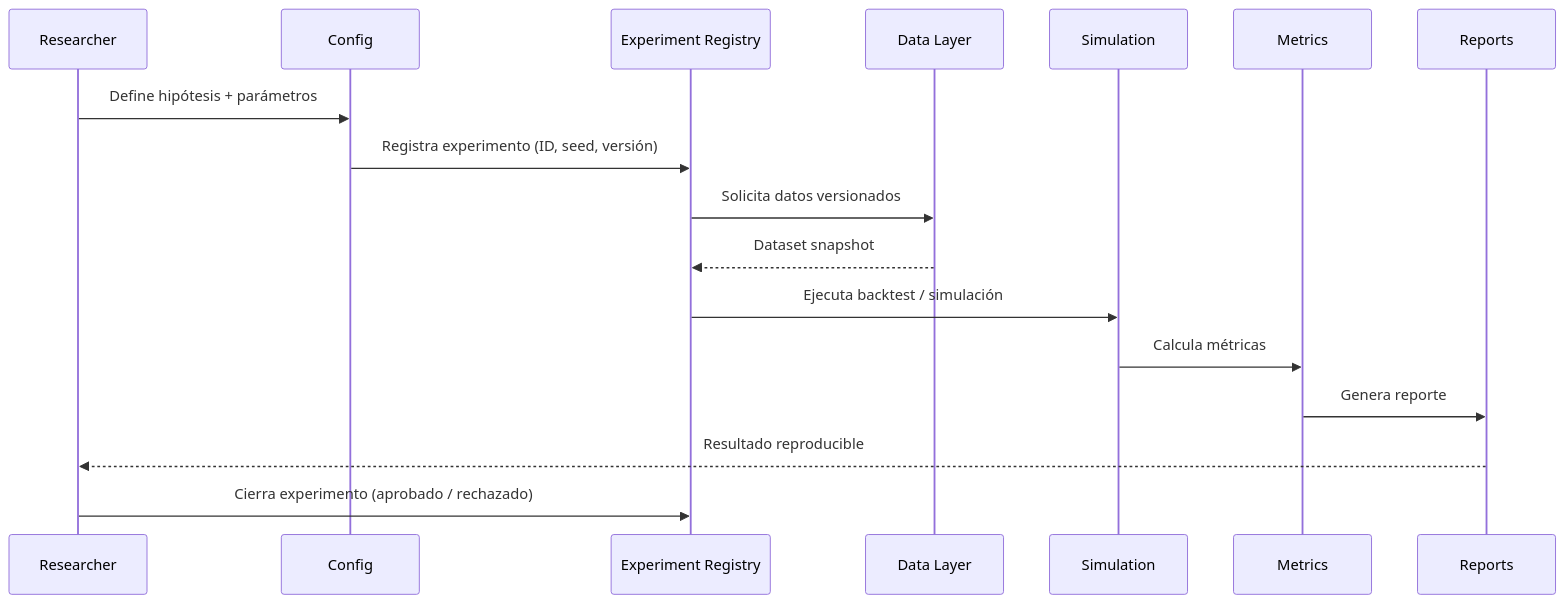
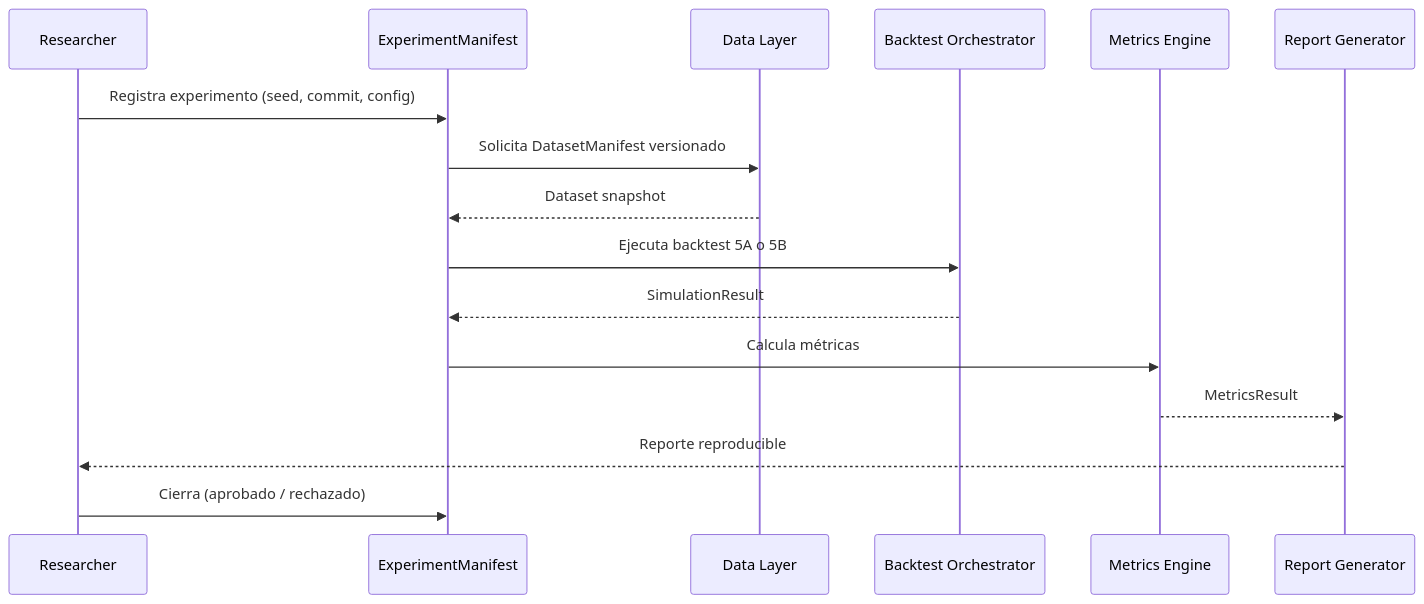
One commit to ssciarratta/QuantLab changed the sixth of 9 diagrams in docs/Diagrama.md. Above: the diagram before and after it, drawn with Mermaid. The commit also changed other lines of this file and 171 other files, not shown here.

````diff
--- a/docs/Diagrama.md
+++ b/docs/Diagrama.md
@@ -134,20 +210,19 @@
 ```mermaid
 sequenceDiagram
     participant R as Researcher
-    participant C as Config
-    participant E as Experiment Registry
+    participant EM as ExperimentManifest
     participant D as Data Layer
-    participant S as Simulation
-    participant M as Metrics
-    participant Rep as Reports
+    participant O as Backtest Orchestrator
+    participant M as Metrics Engine
+    participant Rep as Report Generator
 
-    R->>C: Define hipótesis + parámetros
-    C->>E: Registra experimento (ID, seed, versión)
-    E->>D: Solicita datos versionados
-    D-->>E: Dataset snapshot
-    E->>S: Ejecuta backtest / simulación
-    S->>M: Calcula métricas
-    M->>Rep: Genera reporte
-    Rep-->>R: Resultado reproducible
-    R->>E: Cierra experimento (aprobado / rechazado)
+    R->>EM: Registra experimento (seed, commit, config)
+    EM->>D: Solicita DatasetManifest versionado
+    D-->>EM: Dataset snapshot
+    EM->>O: Ejecuta backtest 5A o 5B
+    O-->>EM: SimulationResult
+    EM->>M: Calcula métricas
+    M-->>Rep: MetricsResult
+    Rep-->>R: Reporte reproducible
+    R->>EM: Cierra (aprobado / rechazado)
 ```
````
